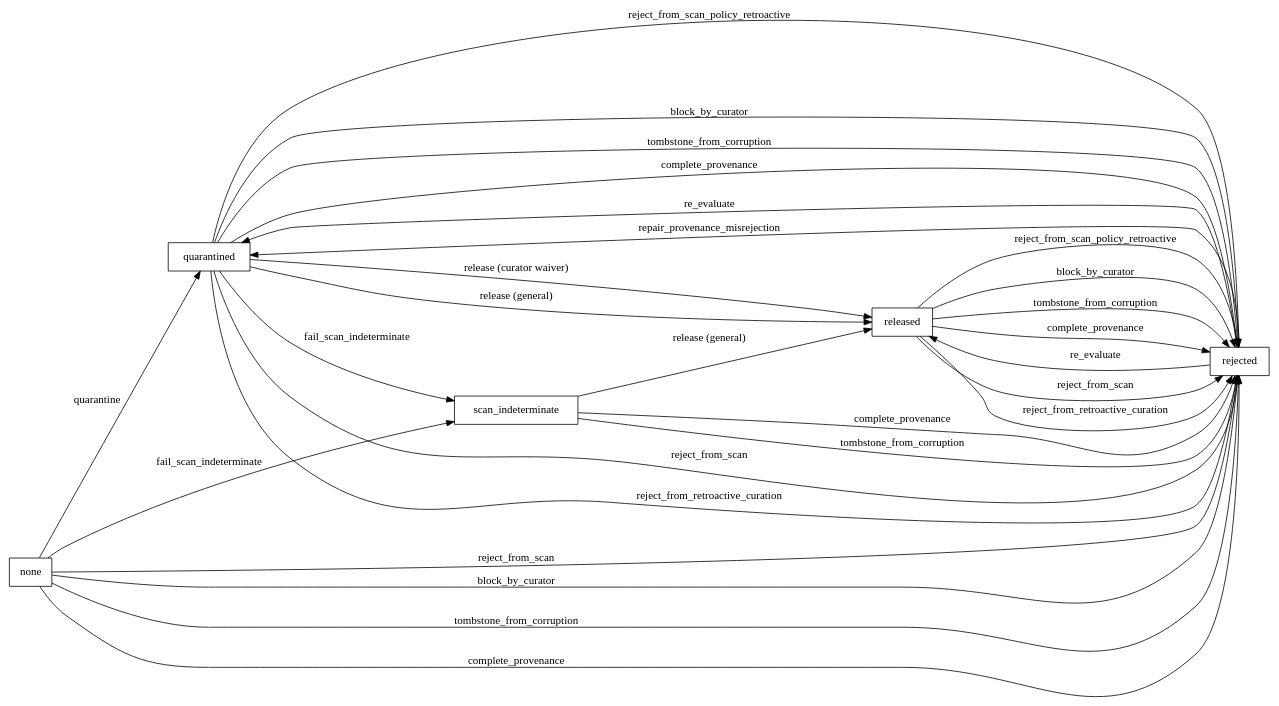
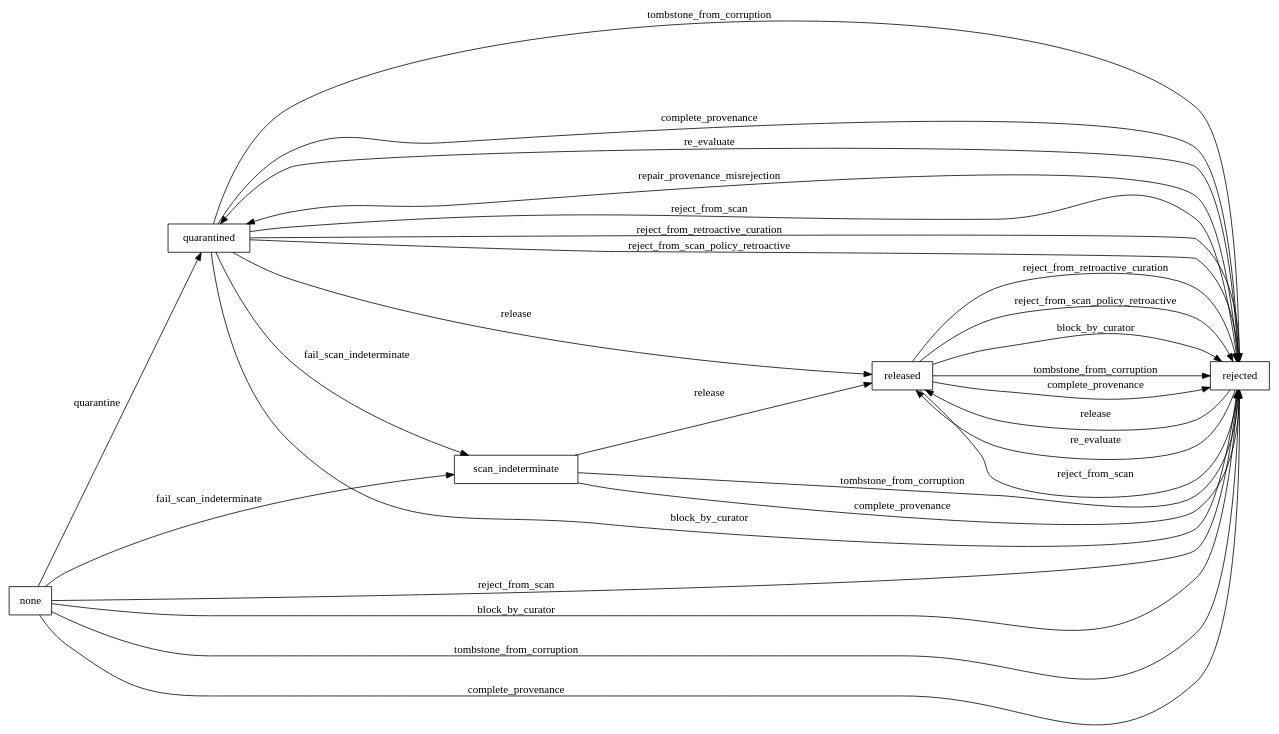
Before and after one commit to project-hort/hort: the diagram in docs/architecture/artifact-lifecycle.dot, drawn with Graphviz. The commit also changed 65 other files, not shown here.

```diff
--- a/docs/architecture/artifact-lifecycle.dot
+++ b/docs/architecture/artifact-lifecycle.dot
@@ -1,45 +1,45 @@
 // AUTO-GENERATED — do not hand-edit.
 //
 // Rendered by `hort_domain::entities::quarantine_transitions::render_lifecycle_dot`
 // from the declared `QUARANTINE_TRANSITIONS` table (backlog 090, #135 item 2).
 // Regenerate after any table change; the drift guard
 // `crates/hort-domain/tests/lifecycle_dot_artifact.rs` fails CI if this file
 // and the table disagree. Self-loop-only transitions (a guard method that
 // accepts a state but leaves it unchanged) are omitted — see the render
 // function's doc comment.
 digraph ArtifactQuarantineLifecycle {
     rankdir=LR;
     node [shape=box];
     "none";
     "quarantined";
     "released";
     "rejected";
     "scan_indeterminate";
     "none" -> "quarantined" [label="quarantine"];
     "none" -> "rejected" [label="reject_from_scan"];
     "quarantined" -> "rejected" [label="reject_from_scan"];
     "released" -> "rejected" [label="reject_from_scan"];
     "quarantined" -> "rejected" [label="reject_from_retroactive_curation"];
     "released" -> "rejected" [label="reject_from_retroactive_curation"];
     "quarantined" -> "rejected" [label="reject_from_scan_policy_retroactive"];
     "released" -> "rejected" [label="reject_from_scan_policy_retroactive"];
     "none" -> "rejected" [label="block_by_curator"];
     "quarantined" -> "rejected" [label="block_by_curator"];
     "released" -> "rejected" [label="block_by_curator"];
     "none" -> "rejected" [label="tombstone_from_corruption"];
     "quarantined" -> "rejected" [label="tombstone_from_corruption"];
     "released" -> "rejected" [label="tombstone_from_corruption"];
     "scan_indeterminate" -> "rejected" [label="tombstone_from_corruption"];
-    "quarantined" -> "released" [label="release (curator waiver)"];
-    "quarantined" -> "released" [label="release (general)"];
-    "scan_indeterminate" -> "released" [label="release (general)"];
+    "quarantined" -> "released" [label="release"];
+    "rejected" -> "released" [label="release"];
+    "scan_indeterminate" -> "released" [label="release"];
     "none" -> "scan_indeterminate" [label="fail_scan_indeterminate"];
     "quarantined" -> "scan_indeterminate" [label="fail_scan_indeterminate"];
     "rejected" -> "quarantined" [label="re_evaluate"];
     "rejected" -> "released" [label="re_evaluate"];
     "none" -> "rejected" [label="complete_provenance"];
     "quarantined" -> "rejected" [label="complete_provenance"];
     "released" -> "rejected" [label="complete_provenance"];
     "scan_indeterminate" -> "rejected" [label="complete_provenance"];
     "rejected" -> "quarantined" [label="repair_provenance_misrejection"];
 }
```
